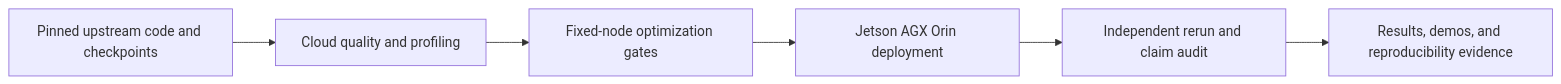
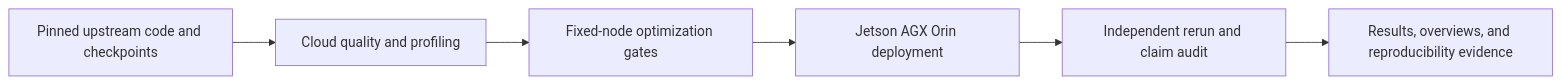
Before and after one commit to LittleGeng/edge-ai-systems-portfolio: the diagram in README.md, drawn with Mermaid. The commit also changed other lines of this file and 4 other files, not shown here.

````diff
--- a/README.md
+++ b/README.md
@@ -14,8 +36,8 @@
 ```mermaid
 flowchart LR
     A["Pinned upstream code and checkpoints"] --> B["Cloud quality and profiling"]
     B --> C["Fixed-node optimization gates"]
     C --> D["Jetson AGX Orin deployment"]
     D --> E["Independent rerun and claim audit"]
-    E --> F["Results, demos, and reproducibility evidence"]
+    E --> F["Results, overviews, and reproducibility evidence"]
 ```
````
